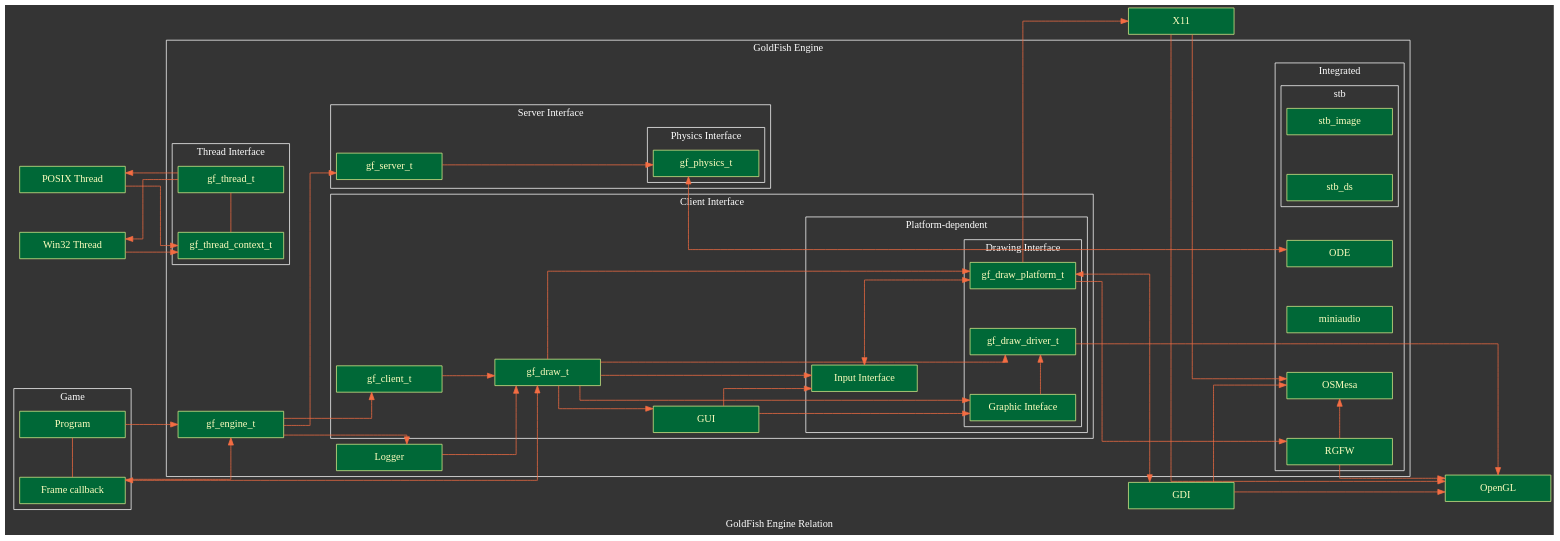
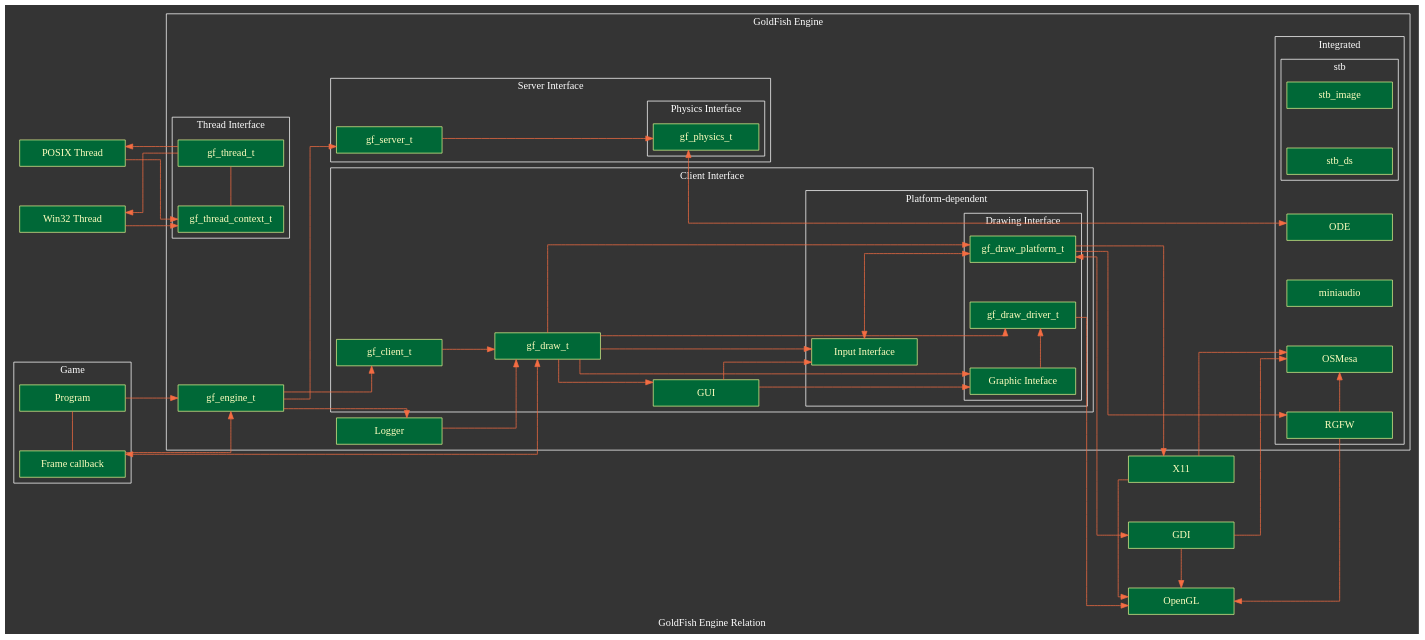
The diagram in engine/misc/relation.gv (pyrite-dev/nishbox), drawn with Graphviz before and after one commit. The commit also changed 1 other file, not shown here.

```diff
--- a/engine/misc/relation.gv
+++ b/engine/misc/relation.gv
@@ -234,7 +234,7 @@
 	// Rank
 	{
 		rank = "same";
-		x11; gdi;
+		x11; gdi; opengl;
 	};
 
 	{
@@ -246,9 +246,4 @@
 		rank = "same";
 		tt; tct;
 	};
-
-	{
-		rank = "same";
-		opengl;
-	};
 }
```
